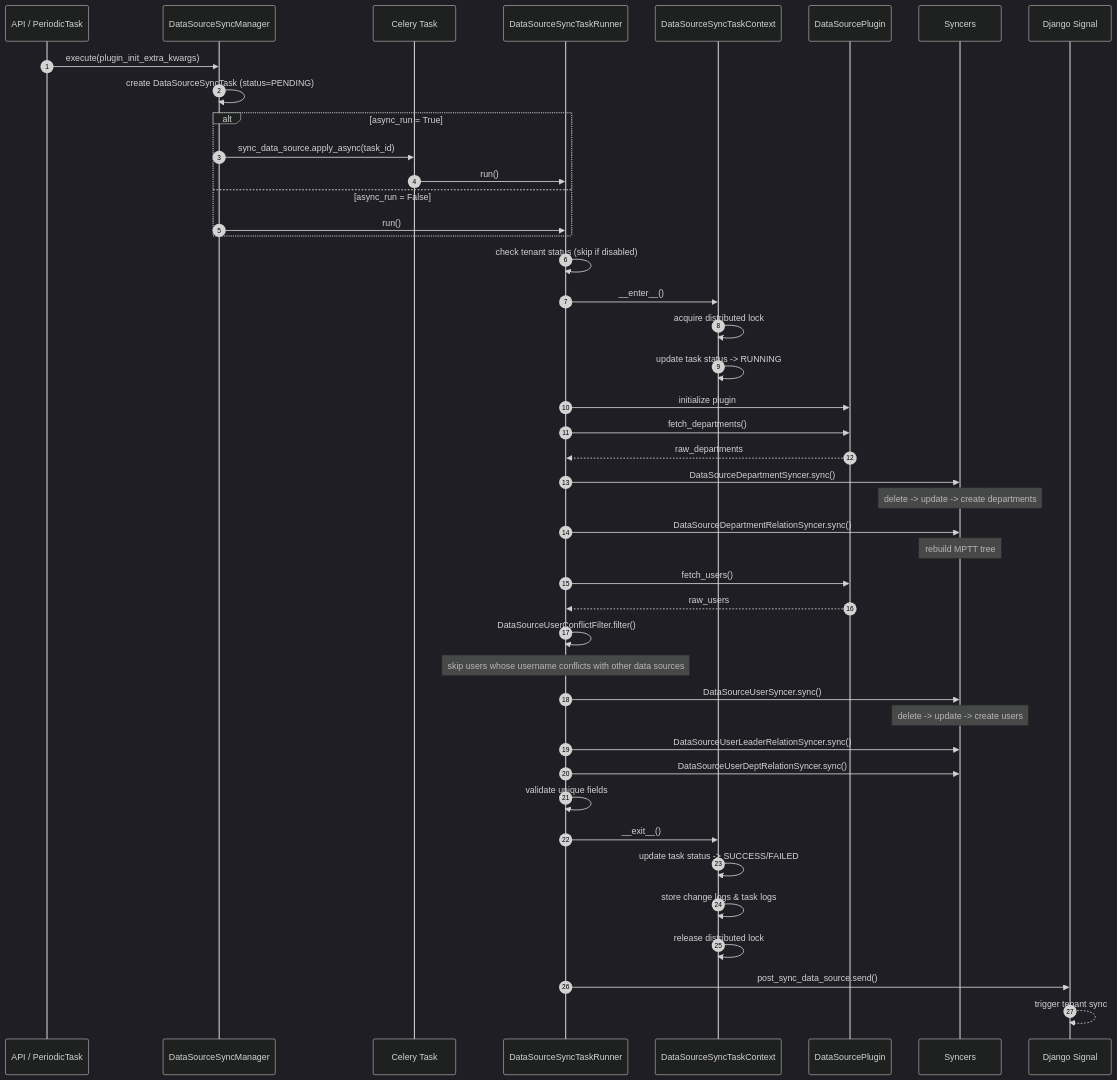
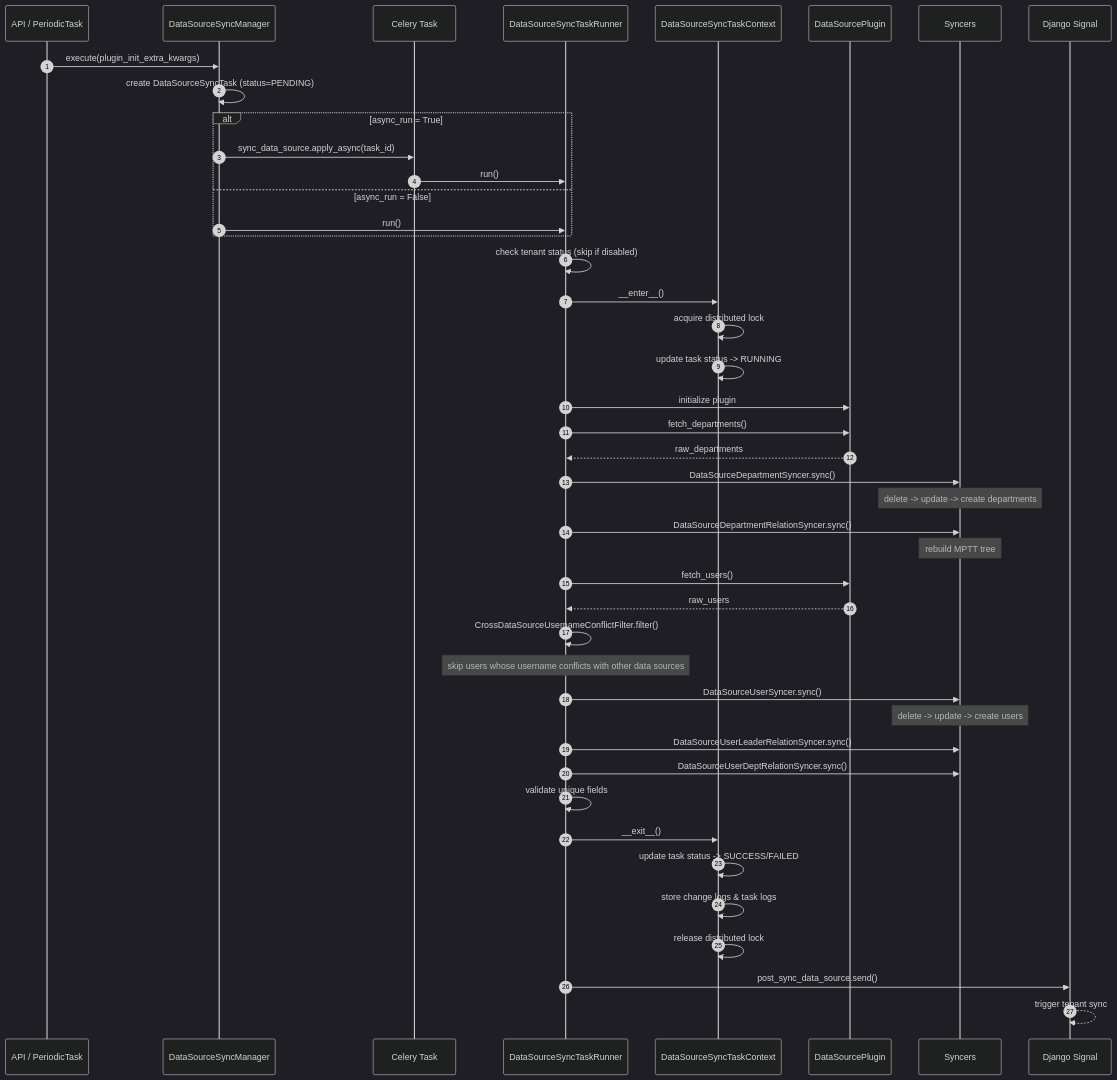
Before and after one commit to TencentBlueKing/bk-user: the first of 3 diagrams in src/bk-user/bkuser/apps/sync/README.md, drawn with Mermaid (dark theme). The commit also changed 3 other files, not shown here.

Commit message:
refactor: `DataSourceUsernameFilter` -> `CrossDataSourceUsernameFilter`

````diff
--- a/src/bk-user/bkuser/apps/sync/README.md
+++ b/src/bk-user/bkuser/apps/sync/README.md
@@ -83,56 +83,56 @@
 ```mermaid
 sequenceDiagram
     autonumber
     participant Client as API / PeriodicTask
     participant Manager as DataSourceSyncManager
     participant Task as Celery Task
     participant Runner as DataSourceSyncTaskRunner
     participant Context as DataSourceSyncTaskContext
     participant Plugin as DataSourcePlugin
     participant Syncers as Syncers
     participant Signal as Django Signal
 
     Client->>Manager: execute(plugin_init_extra_kwargs)
     Manager->>Manager: create DataSourceSyncTask (status=PENDING)
 
     alt async_run = True
         Manager->>Task: sync_data_source.apply_async(task_id)
         Task->>Runner: run()
     else async_run = False
         Manager->>Runner: run()
     end
 
     Runner->>Runner: check tenant status (skip if disabled)
     Runner->>Context: __enter__()
     Context->>Context: acquire distributed lock
     Context->>Context: update task status -> RUNNING
 
     Runner->>Plugin: initialize plugin
     Runner->>Plugin: fetch_departments()
     Plugin-->>Runner: raw_departments
 
     Runner->>Syncers: DataSourceDepartmentSyncer.sync()
     Note over Syncers: delete -> update -> create departments
     Runner->>Syncers: DataSourceDepartmentRelationSyncer.sync()
     Note over Syncers: rebuild MPTT tree
 
     Runner->>Plugin: fetch_users()
     Plugin-->>Runner: raw_users
 
-    Runner->>Runner: DataSourceUserConflictFilter.filter()
+    Runner->>Runner: CrossDataSourceUsernameConflictFilter.filter()
     Note over Runner: skip users whose username conflicts with other data sources
     Runner->>Syncers: DataSourceUserSyncer.sync()
     Note over Syncers: delete -> update -> create users
     Runner->>Syncers: DataSourceUserLeaderRelationSyncer.sync()
     Runner->>Syncers: DataSourceUserDeptRelationSyncer.sync()
 
     Runner->>Runner: validate unique fields
 
     Runner->>Context: __exit__()
     Context->>Context: update task status -> SUCCESS/FAILED
     Context->>Context: store change logs & task logs
     Context->>Context: release distributed lock
 
     Runner->>Signal: post_sync_data_source.send()
     Signal-->>Signal: trigger tenant sync
 ```
````
